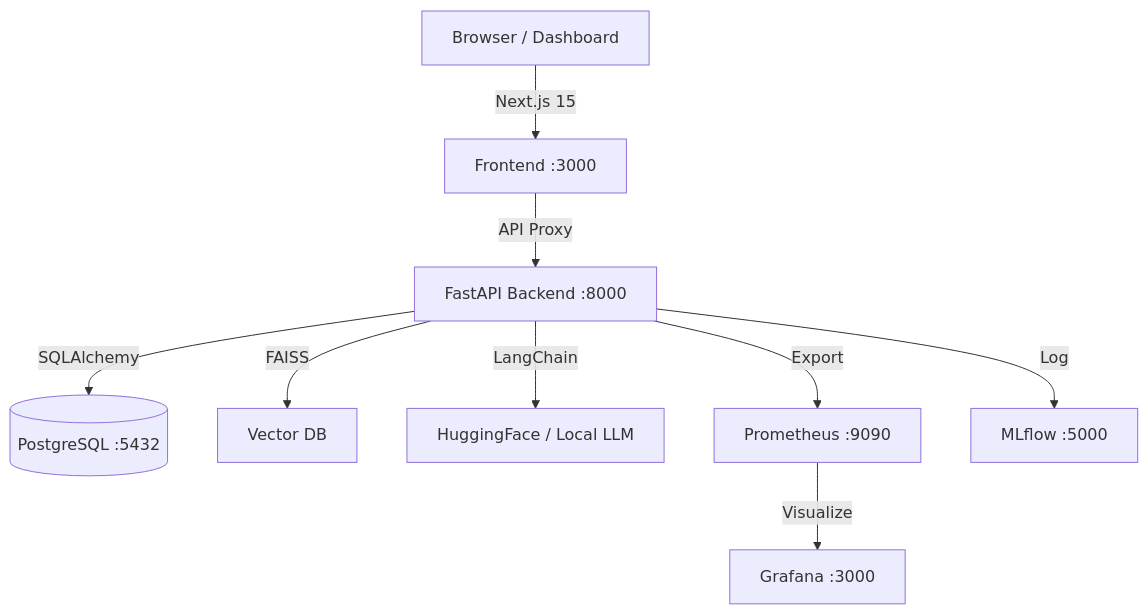
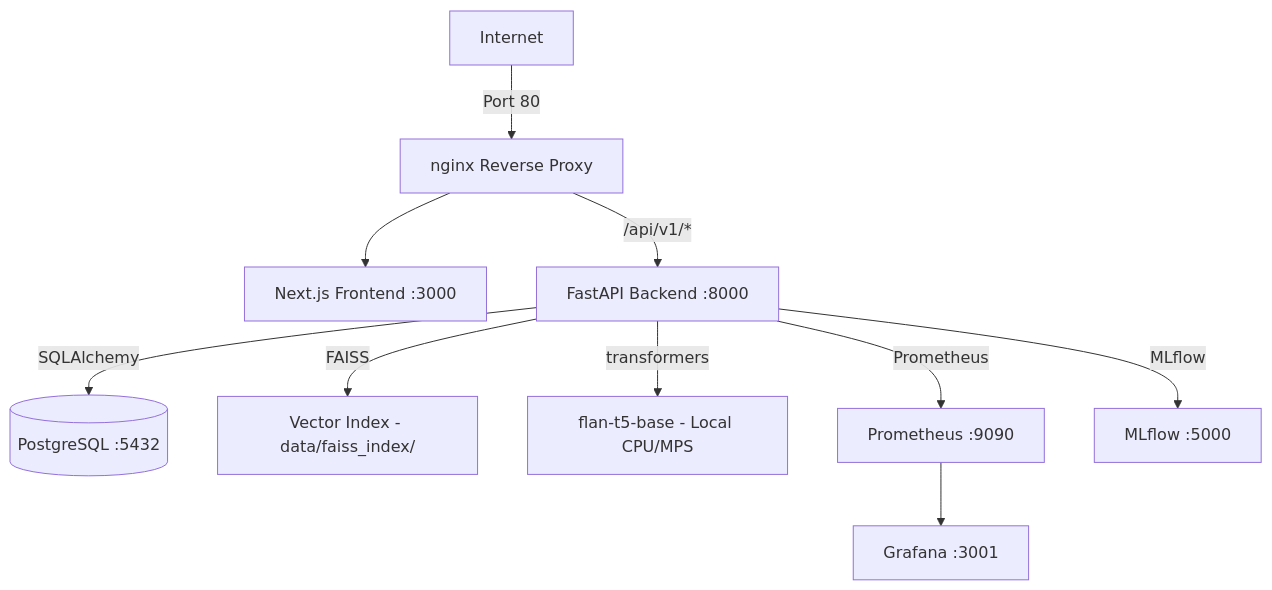
The diagram in README.md (Mushthaq7/energyops_ai), drawn with Mermaid before and after one commit. The commit also changed other lines of this file and 19 other files, not shown here.

````diff
--- a/README.md
+++ b/README.md
@@ -37,11 +37,12 @@
 ```mermaid
 graph TD
-    Client[Browser / Dashboard] -->|Next.js 15| Frontend[Frontend :3000]
-    Frontend -->|API Proxy| Backend[FastAPI Backend :8000]
+    Internet -->|Port 80| Nginx[nginx Reverse Proxy]
+    Nginx --> Frontend[Next.js Frontend :3000]
+    Nginx -->|/api/v1/*| Backend[FastAPI Backend :8000]
     Backend -->|SQLAlchemy| DB[(PostgreSQL :5432)]
-    Backend -->|FAISS| VectorStore[Vector DB]
-    Backend -->|LangChain| LLM[HuggingFace / Local LLM]
-    Backend -->|Export| Prometheus[Prometheus :9090]
-    Prometheus -->|Visualize| Grafana[Grafana :3000]
-    Backend -->|Log| MLflow[MLflow :5000]
+    Backend -->|FAISS| VectorStore[Vector Index - data/faiss_index/]
+    Backend -->|transformers| LLM[flan-t5-base - Local CPU/MPS]
+    Backend -->|Prometheus| Prometheus[Prometheus :9090]
+    Prometheus --> Grafana[Grafana :3001]
+    Backend -->|MLflow| MLflow[MLflow :5000]
 ```
````
